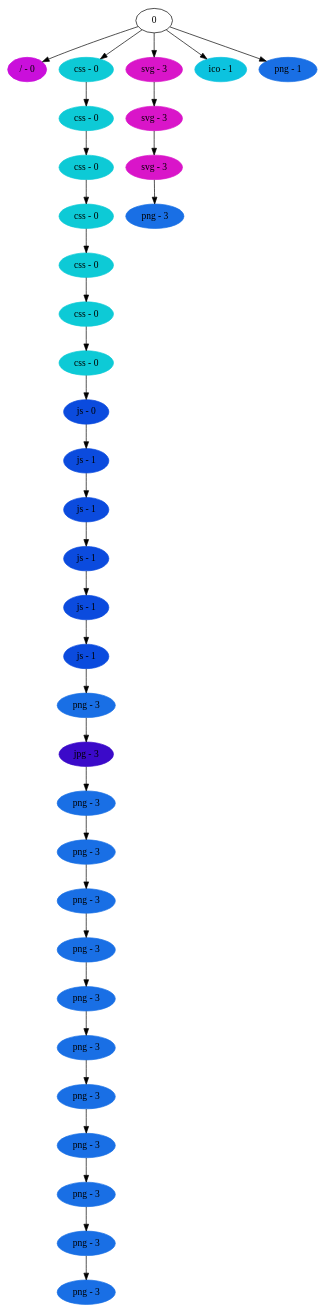
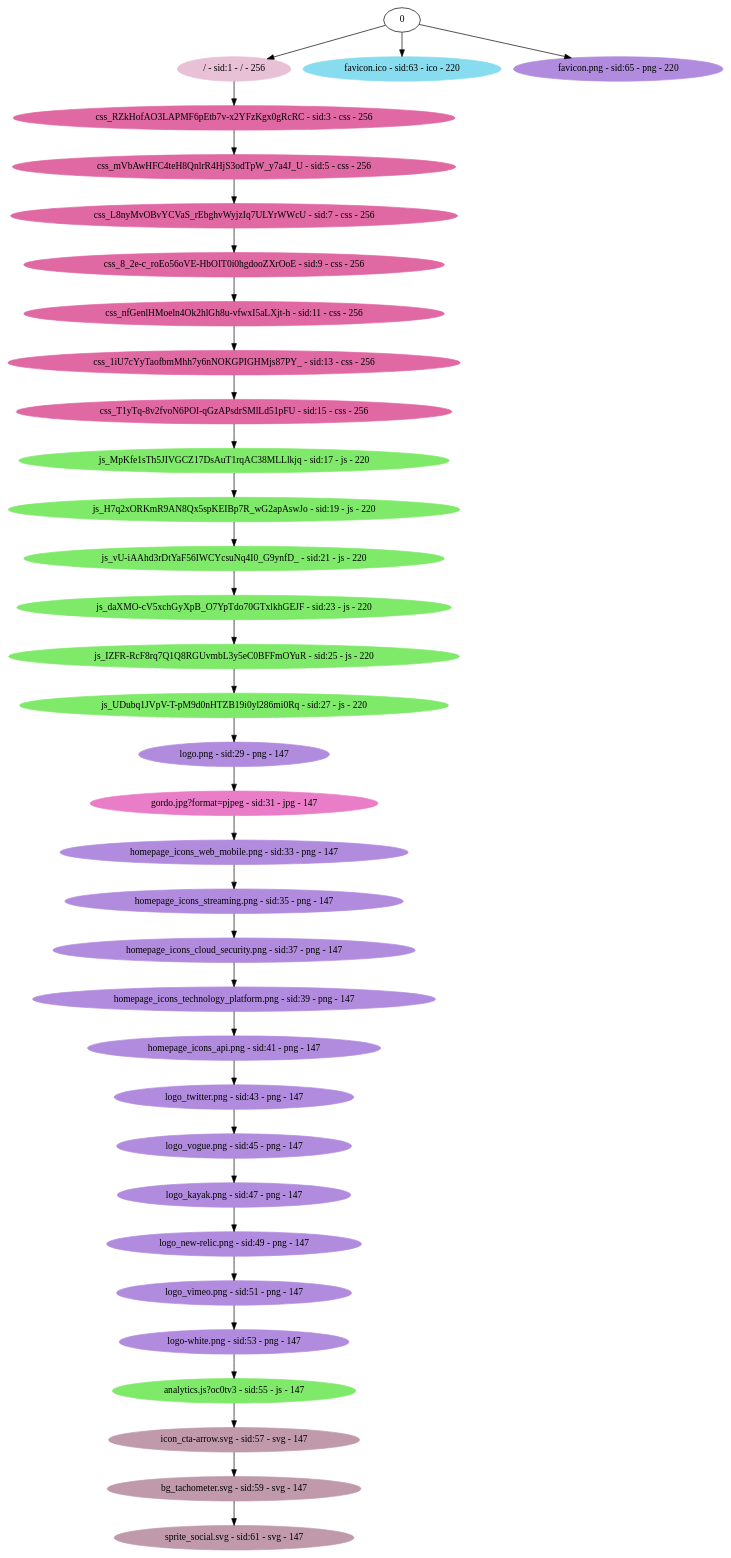
One commit to deweerdt/h2priograph changed the diagram in sample/fastly.dot. Above: the diagram before and after it, drawn with Graphviz. The commit also changed 2 other files, not shown here.

```diff
--- a/sample/fastly.dot
+++ b/sample/fastly.dot
@@ -1,68 +1,68 @@
 digraph G {
-1 [style=filled,label="/ - 0", color="0.819608 0.929688 0.859375"];
+1 [style=filled,label="/ - sid:1 - / - 256", color="0.912381 0.170264 0.913148"];
 0 -> 1;
-3 [style=filled,label="css - 0", color="0.509804 0.937500 0.839844"];
-0 -> 3;
-5 [style=filled,label="css - 0", color="0.509804 0.937500 0.839844"];
+3 [style=filled,label="css_RZkHofAO3LAPMF6pEtb7v-x2YFzKgx0gRcRC - sid:3 - css - 256", color="0.917330 0.536519 0.881207"];
+1 -> 3;
+5 [style=filled,label="css_mVbAwHFC4teH8QnlrR4HjS3odTpW_y7a4J_U - sid:5 - css - 256", color="0.917330 0.536519 0.881207"];
 3 -> 5;
-7 [style=filled,label="css - 0", color="0.509804 0.937500 0.839844"];
+7 [style=filled,label="css_L8nyMvOBvYCVaS_rEbghvWyjzIq7ULYrWWcU - sid:7 - css - 256", color="0.917330 0.536519 0.881207"];
 5 -> 7;
-9 [style=filled,label="css - 0", color="0.509804 0.937500 0.839844"];
+9 [style=filled,label="css_8_2e-c_roEo56oVE-HbOIT0i0hgdooZXrOoE - sid:9 - css - 256", color="0.917330 0.536519 0.881207"];
 7 -> 9;
-11 [style=filled,label="css - 0", color="0.509804 0.937500 0.839844"];
+11 [style=filled,label="css_nfGenlHMoeln4Ok2hlGh8u-vfwxI5aLXjt-h - sid:11 - css - 256", color="0.917330 0.536519 0.881207"];
 9 -> 11;
-13 [style=filled,label="css - 0", color="0.509804 0.937500 0.839844"];
+13 [style=filled,label="css_1iU7cYyTaofbmMhh7y6nNOKGPIGHMjs87PY_ - sid:13 - css - 256", color="0.917330 0.536519 0.881207"];
 11 -> 13;
-15 [style=filled,label="css - 0", color="0.509804 0.937500 0.839844"];
+15 [style=filled,label="css_T1yTq-8v2fvoN6POI-qGzAPsdrSMlLd51pFU - sid:15 - css - 256", color="0.917330 0.536519 0.881207"];
 13 -> 15;
-17 [style=filled,label="js - 0", color="0.615686 0.949219 0.871094"];
+17 [style=filled,label="js_MpKfe1sTh5JIVGCZ17DsAuT1rqAC38MLLlkjq - sid:17 - js - 220", color="0.304884 0.549173 0.916374"];
 15 -> 17;
-19 [style=filled,label="js - 1", color="0.615686 0.949219 0.871094"];
+19 [style=filled,label="js_H7q2xORKmR9AN8Qx5spKEIBp7R_wG2apAswJo - sid:19 - js - 220", color="0.304884 0.549173 0.916374"];
 17 -> 19;
-21 [style=filled,label="js - 1", color="0.615686 0.949219 0.871094"];
+21 [style=filled,label="js_vU-iAAhd3rDtYaF56IWCYcsuNq4I0_G9ynfD_ - sid:21 - js - 220", color="0.304884 0.549173 0.916374"];
 19 -> 21;
-23 [style=filled,label="js - 1", color="0.615686 0.949219 0.871094"];
+23 [style=filled,label="js_daXMO-cV5xchGyXpB_O7YpTdo70GTxlkhGEJF - sid:23 - js - 220", color="0.304884 0.549173 0.916374"];
 21 -> 23;
-25 [style=filled,label="js - 1", color="0.615686 0.949219 0.871094"];
+25 [style=filled,label="js_IZFR-RcF8rq7Q1Q8RGUvmbL3y5eC0BFFmOYuR - sid:25 - js - 220", color="0.304884 0.549173 0.916374"];
 23 -> 25;
-27 [style=filled,label="js - 1", color="0.615686 0.949219 0.871094"];
+27 [style=filled,label="js_UDubq1JVpV-T-pM9d0nHTZB19i0yl286mi0Rq - sid:27 - js - 220", color="0.304884 0.549173 0.916374"];
 25 -> 27;
-29 [style=filled,label="png - 3", color="0.596078 0.886719 0.898438"];
+29 [style=filled,label="logo.png - sid:29 - png - 147", color="0.741398 0.370961 0.873554"];
 27 -> 29;
-31 [style=filled,label="jpg - 3", color="0.709804 0.949219 0.789062"];
+31 [style=filled,label="gordo.jpg?format=pjpeg - sid:31 - jpg - 147", color="0.885651 0.465654 0.921437"];
 29 -> 31;
-33 [style=filled,label="png - 3", color="0.596078 0.886719 0.898438"];
+33 [style=filled,label="homepage_icons_web_mobile.png - sid:33 - png - 147", color="0.741398 0.370961 0.873554"];
 31 -> 33;
-35 [style=filled,label="png - 3", color="0.596078 0.886719 0.898438"];
+35 [style=filled,label="homepage_icons_streaming.png - sid:35 - png - 147", color="0.741398 0.370961 0.873554"];
 33 -> 35;
-37 [style=filled,label="png - 3", color="0.596078 0.886719 0.898438"];
+37 [style=filled,label="homepage_icons_cloud_security.png - sid:37 - png - 147", color="0.741398 0.370961 0.873554"];
 35 -> 37;
-39 [style=filled,label="png - 3", color="0.596078 0.886719 0.898438"];
+39 [style=filled,label="homepage_icons_technology_platform.png - sid:39 - png - 147", color="0.741398 0.370961 0.873554"];
 37 -> 39;
-41 [style=filled,label="png - 3", color="0.596078 0.886719 0.898438"];
+41 [style=filled,label="homepage_icons_api.png - sid:41 - png - 147", color="0.741398 0.370961 0.873554"];
 39 -> 41;
-43 [style=filled,label="png - 3", color="0.596078 0.886719 0.898438"];
+43 [style=filled,label="logo_twitter.png - sid:43 - png - 147", color="0.741398 0.370961 0.873554"];
 41 -> 43;
-45 [style=filled,label="png - 3", color="0.596078 0.886719 0.898438"];
+45 [style=filled,label="logo_vogue.png - sid:45 - png - 147", color="0.741398 0.370961 0.873554"];
 43 -> 45;
-47 [style=filled,label="png - 3", color="0.596078 0.886719 0.898438"];
+47 [style=filled,label="logo_kayak.png - sid:47 - png - 147", color="0.741398 0.370961 0.873554"];
 45 -> 47;
-49 [style=filled,label="png - 3", color="0.596078 0.886719 0.898438"];
+49 [style=filled,label="logo_new-relic.png - sid:49 - png - 147", color="0.741398 0.370961 0.873554"];
 47 -> 49;
-51 [style=filled,label="png - 3", color="0.596078 0.886719 0.898438"];
+51 [style=filled,label="logo_vimeo.png - sid:51 - png - 147", color="0.741398 0.370961 0.873554"];
 49 -> 51;
-53 [style=filled,label="png - 3", color="0.596078 0.886719 0.898438"];
+53 [style=filled,label="logo-white.png - sid:53 - png - 147", color="0.741398 0.370961 0.873554"];
 51 -> 53;
-55 [style=filled,label="svg - 3", color="0.847059 0.902344 0.851562"];
-0 -> 55;
-57 [style=filled,label="svg - 3", color="0.847059 0.902344 0.851562"];
+55 [style=filled,label="analytics.js?oc0tv3 - sid:55 - js - 147", color="0.304884 0.549173 0.916374"];
+53 -> 55;
+57 [style=filled,label="icon_cta-arrow.svg - sid:57 - svg - 147", color="0.927407 0.200718 0.756084"];
 55 -> 57;
-59 [style=filled,label="svg - 3", color="0.847059 0.902344 0.851562"];
+59 [style=filled,label="bg_tachometer.svg - sid:59 - svg - 147", color="0.927407 0.200718 0.756084"];
 57 -> 59;
-61 [style=filled,label="png - 3", color="0.596078 0.886719 0.898438"];
+61 [style=filled,label="sprite_social.svg - sid:61 - svg - 147", color="0.927407 0.200718 0.756084"];
 59 -> 61;
-63 [style=filled,label="ico - 1", color="0.521569 0.945312 0.875000"];
+63 [style=filled,label="favicon.ico - sid:63 - ico - 220", color="0.528530 0.432807 0.938537"];
 0 -> 63;
-65 [style=filled,label="png - 1", color="0.596078 0.886719 0.898438"];
+65 [style=filled,label="favicon.png - sid:65 - png - 220", color="0.741398 0.370961 0.873554"];
 0 -> 65;
 }
```
